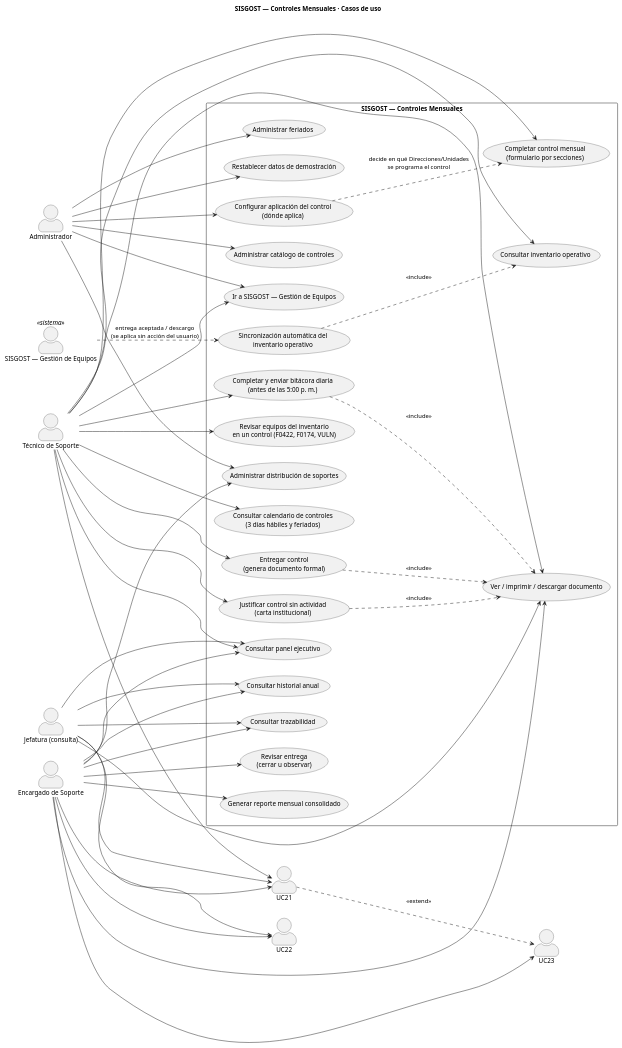
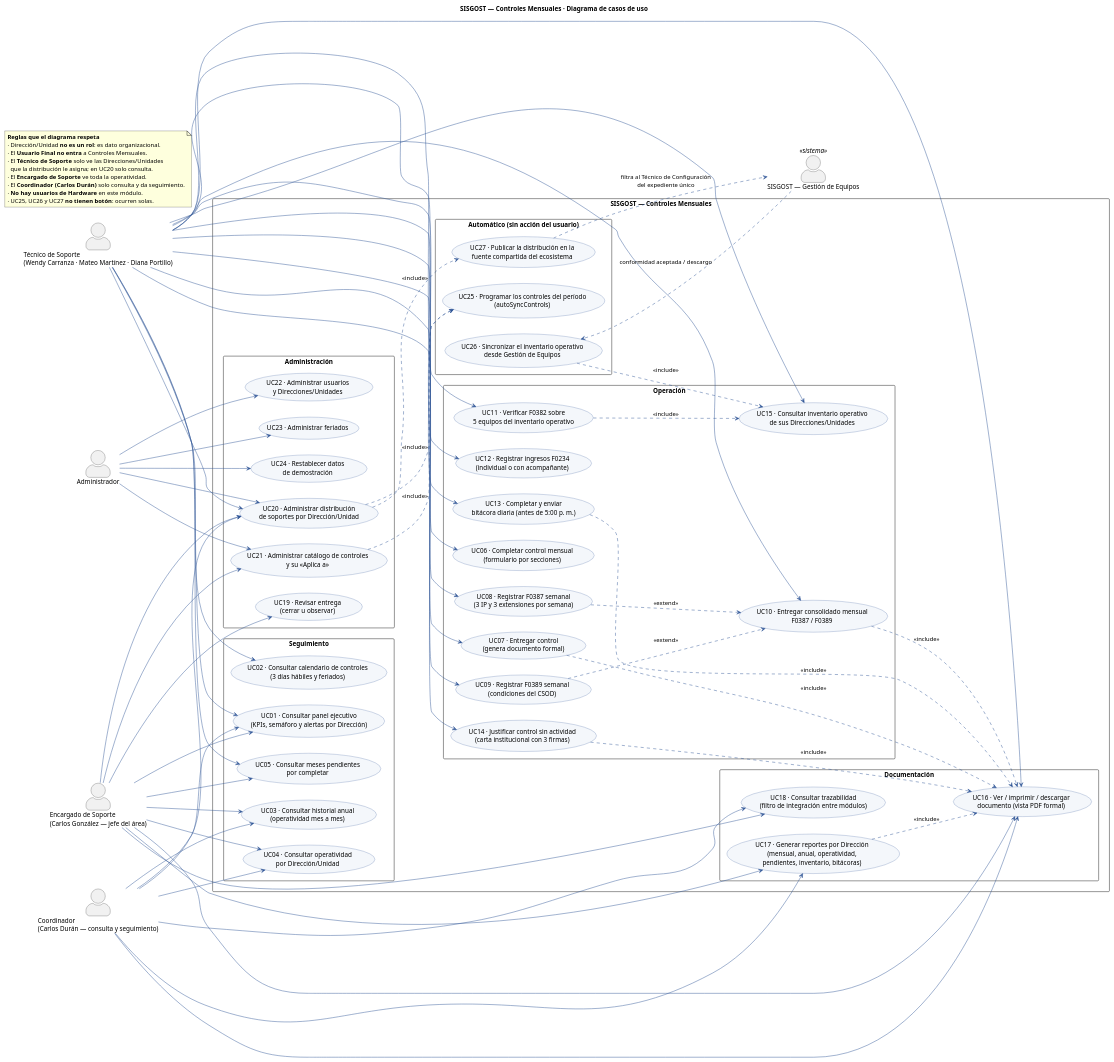
The diagram in docs/plantuml/casos-de-uso.puml (diego0399/sisgost-controles-mensuales), drawn with PlantUML before and after one commit. The commit also changed 63 other files, not shown here.

```diff
--- a/docs/plantuml/casos-de-uso.puml
+++ b/docs/plantuml/casos-de-uso.puml
@@ -1,79 +1,134 @@
 @startuml casos-de-uso
-title SISGOST — Controles Mensuales · Casos de uso
+title SISGOST — Controles Mensuales · Diagrama de casos de uso
 left to right direction
 skinparam actorStyle awesome
+skinparam shadowing false
+skinparam backgroundColor #FFFFFF
+skinparam usecase {
+  BackgroundColor #F4F7FB
+  BorderColor #2F5597
+  ArrowColor #2F5597
+}
+skinparam packageStyle rectangle
 
-actor "Técnico de Soporte" as TEC
-actor "Encargado de Soporte" as ENC
 actor "Administrador" as ADM
-actor "Jefatura (consulta)" as JEF
+actor "Encargado de Soporte\n(Carlos González — jefe del área)" as ENC
+actor "Técnico de Soporte\n(Wendy Carranza · Mateo Martínez · Diana Portillo)" as TEC
+actor "Coordinador\n(Carlos Durán — consulta y seguimiento)" as COO
 actor "SISGOST — Gestión de Equipos" as GE <<sistema>>
 
 rectangle "SISGOST — Controles Mensuales" {
-  usecase "Consultar panel ejecutivo" as UC1
-  usecase "Consultar calendario de controles\n(3 días hábiles y feriados)" as UC2
-  usecase "Completar control mensual\n(formulario por secciones)" as UC3
-  usecase "Entregar control\n(genera documento formal)" as UC4
-  usecase "Justificar control sin actividad\n(carta institucional)" as UC5
-  usecase "Completar y enviar bitácora diaria\n(antes de las 5:00 p. m.)" as UC6
-  usecase "Consultar historial anual" as UC7
-  usecase "Generar reporte mensual consolidado" as UC8
-  usecase "Revisar entrega\n(cerrar u observar)" as UC9
-  usecase "Administrar distribución de soportes" as UC10
-  usecase "Administrar catálogo de controles" as UC11
-  usecase "Administrar feriados" as UC12
-  usecase "Consultar inventario operativo" as UC13
-  usecase "Sincronización automática del\ninventario operativo" as UC14
-  usecase "Consultar trazabilidad" as UC15
-  usecase "Ver / imprimir / descargar documento" as UC16
-  usecase "Revisar equipos del inventario\nen un control (F0422, F0174, VULN)" as UC17
-  usecase "Restablecer datos de demostración" as UC18
-  usecase "Configurar aplicación del control\n(dónde aplica)" as UC20
-  usecase "Ir a SISGOST — Gestión de Equipos" as UC19
+
+  package "Seguimiento" {
+    usecase "UC01 · Consultar panel ejecutivo\n(KPIs, semáforo y alertas por Dirección)" as UC01
+    usecase "UC02 · Consultar calendario de controles\n(3 días hábiles y feriados)" as UC02
+    usecase "UC03 · Consultar historial anual\n(operatividad mes a mes)" as UC03
+    usecase "UC04 · Consultar operatividad\npor Dirección/Unidad" as UC04
+    usecase "UC05 · Consultar meses pendientes\npor completar" as UC05
+  }
+
+  package "Operación" {
+    usecase "UC06 · Completar control mensual\n(formulario por secciones)" as UC06
+    usecase "UC07 · Entregar control\n(genera documento formal)" as UC07
+    usecase "UC08 · Registrar F0387 semanal\n(3 IP y 3 extensiones por semana)" as UC08
+    usecase "UC09 · Registrar F0389 semanal\n(condiciones del CSOD)" as UC09
+    usecase "UC10 · Entregar consolidado mensual\nF0387 / F0389" as UC10
+    usecase "UC11 · Verificar F0382 sobre\n5 equipos del inventario operativo" as UC11
+    usecase "UC12 · Registrar ingresos F0234\n(individual o con acompañante)" as UC12
+    usecase "UC13 · Completar y enviar\nbitácora diaria (antes de 5:00 p. m.)" as UC13
+    usecase "UC14 · Justificar control sin actividad\n(carta institucional con 3 firmas)" as UC14
+    usecase "UC15 · Consultar inventario operativo\nde sus Direcciones/Unidades" as UC15
+  }
+
+  package "Documentación" {
+    usecase "UC16 · Ver / imprimir / descargar\ndocumento (vista PDF formal)" as UC16
+    usecase "UC17 · Generar reportes por Dirección\n(mensual, anual, operatividad,\npendientes, inventario, bitácoras)" as UC17
+    usecase "UC18 · Consultar trazabilidad\n(filtro de integración entre módulos)" as UC18
+  }
+
+  package "Administración" {
+    usecase "UC19 · Revisar entrega\n(cerrar u observar)" as UC19
+    usecase "UC20 · Administrar distribución\nde soportes por Dirección/Unidad" as UC20
+    usecase "UC21 · Administrar catálogo de controles\ny su «Aplica a»" as UC21
+    usecase "UC22 · Administrar usuarios\ny Direcciones/Unidades" as UC22
+    usecase "UC23 · Administrar feriados" as UC23
+    usecase "UC24 · Restablecer datos\nde demostración" as UC24
+  }
+
+  package "Automático (sin acción del usuario)" {
+    usecase "UC25 · Programar los controles del período\n(autoSyncControls)" as UC25
+    usecase "UC26 · Sincronizar el inventario operativo\ndesde Gestión de Equipos" as UC26
+    usecase "UC27 · Publicar la distribución en la\nfuente compartida del ecosistema" as UC27
+  }
 }
 
-TEC --> UC1
-TEC --> UC2
-TEC --> UC3
-TEC --> UC4
-TEC --> UC5
-TEC --> UC6
-TEC --> UC21
+TEC --> UC01
+TEC --> UC02
+TEC --> UC05
+TEC --> UC06
+TEC --> UC07
+TEC --> UC08
+TEC --> UC09
+TEC --> UC10
+TEC --> UC11
+TEC --> UC12
 TEC --> UC13
-TEC --> UC17
-TEC --> UC19
+TEC --> UC14
+TEC --> UC15
 TEC --> UC16
+TEC --> UC20
 
-ENC --> UC1
-ENC --> UC7
-ENC --> UC8
-ENC --> UC9
-ENC --> UC10
+ENC --> UC01
+ENC --> UC03
+ENC --> UC04
+ENC --> UC05
+ENC --> UC17
+ENC --> UC18
+ENC --> UC19
+ENC --> UC20
 ENC --> UC21
-ENC --> UC22
-ENC --> UC23
-ENC --> UC15
 ENC --> UC16
 
-ADM --> UC10
-ADM --> UC11
-ADM --> UC12
-ADM --> UC18
+COO --> UC01
+COO --> UC03
+COO --> UC04
+COO --> UC17
+COO --> UC18
+COO --> UC16
+COO --> UC20
+
 ADM --> UC20
-ADM --> UC19
+ADM --> UC21
+ADM --> UC22
+ADM --> UC23
+ADM --> UC24
 
-JEF --> UC1
-JEF --> UC7
-JEF --> UC21
-JEF --> UC22
-JEF --> UC15
-JEF --> UC16
+UC07 ..> UC16 : <<include>>
+UC10 ..> UC16 : <<include>>
+UC13 ..> UC16 : <<include>>
+UC14 ..> UC16 : <<include>>
+UC17 ..> UC16 : <<include>>
+UC08 ..> UC10 : <<extend>>
+UC09 ..> UC10 : <<extend>>
+UC11 ..> UC15 : <<include>>
+UC21 ..> UC25 : <<include>>
+UC20 ..> UC25 : <<include>>
+UC20 ..> UC27 : <<include>>
+UC26 ..> UC15 : <<include>>
 
-GE ..> UC14 : "entrega aceptada / descargo\n(se aplica sin acción del usuario)"
-UC14 ..> UC13 : <<include>>
-UC21 ..> UC23 : <<extend>>
-UC20 ..> UC3 : "decide en qué Direcciones/Unidades\nse programa el control"
-UC4 ..> UC16 : <<include>>
-UC5 ..> UC16 : <<include>>
-UC6 ..> UC16 : <<include>>
+GE ..> UC26 : conformidad aceptada / descargo
+UC27 ..> GE : filtra al Técnico de Configuración\ndel expediente único
+
+note as N1
+  **Reglas que el diagrama respeta**
+  · Dirección/Unidad **no es un rol**: es dato organizacional.
+  · El **Usuario Final no entra** a Controles Mensuales.
+  · El **Técnico de Soporte** solo ve las Direcciones/Unidades
+    que la distribución le asigna; en UC20 solo consulta.
+  · El **Encargado de Soporte** ve toda la operatividad.
+  · El **Coordinador (Carlos Durán)** solo consulta y da seguimiento.
+  · **No hay usuarios de Hardware** en este módulo.
+  · UC25, UC26 y UC27 **no tienen botón**: ocurren solas.
+end note
+
 @enduml
```
